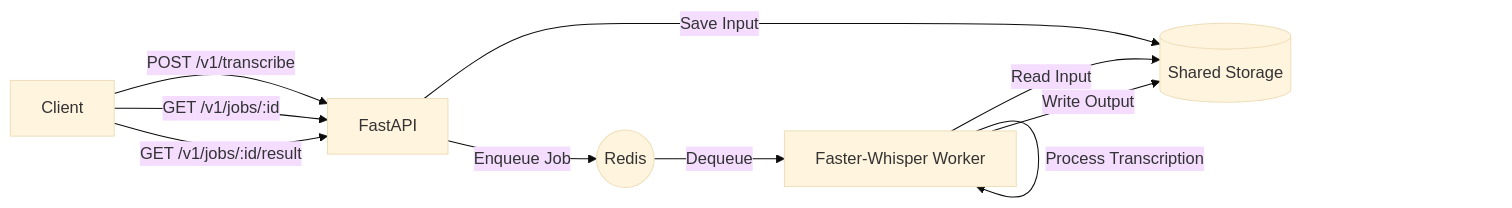
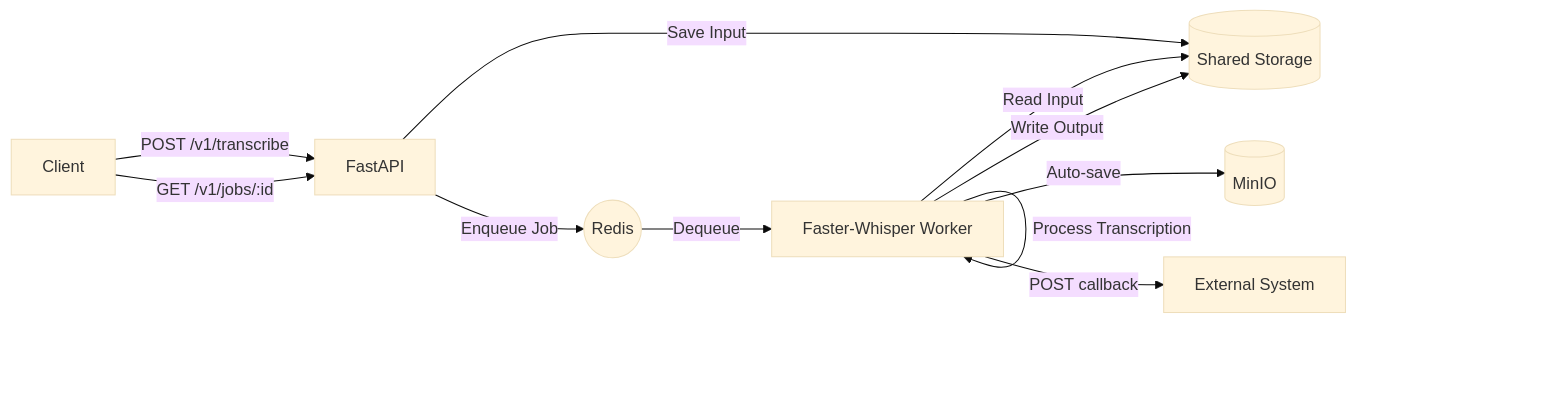
Before and after one commit to shedenk/whisper-transcribe-worker-api: the diagram in README.md, drawn with Mermaid (base theme). The commit also changed other lines of this file and 7 other files, not shown here.

````diff
--- a/README.md
+++ b/README.md
@@ -7,12 +7,13 @@
 ```mermaid
 graph LR
     Client -->|POST /v1/transcribe| API[FastAPI]
     API -->|Save Input| Storage[(Shared Storage)]
     API -->|Enqueue Job| Redis((Redis))
     Redis -->|Dequeue| Worker[Faster-Whisper Worker]
     Worker -->|Read Input| Storage
     Worker -->|Process Transcription| Worker
     Worker -->|Write Output| Storage
+    Worker -->|Auto-save| MinIO[(MinIO)]
+    Worker -->|POST callback| Webhook[External System]
     Client -->|GET /v1/jobs/:id| API
-    Client -->|GET /v1/jobs/:id/result| API
 ```
````
